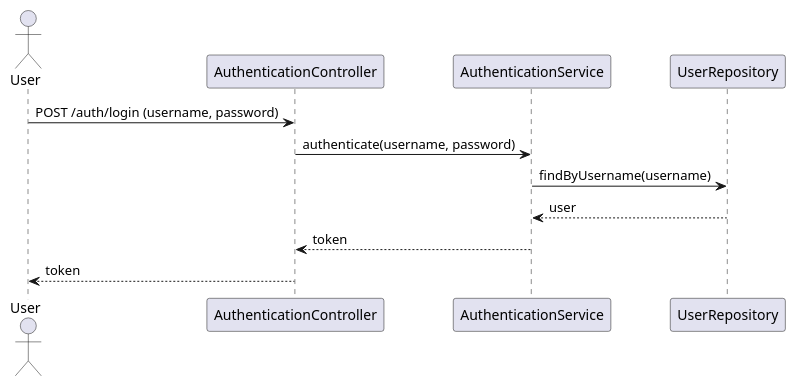
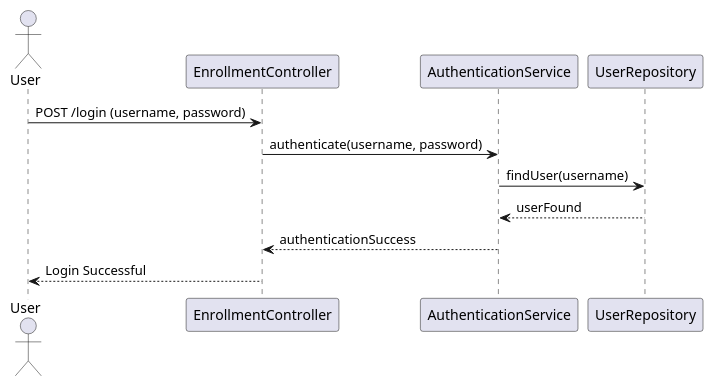
Before and after one commit to Dinesh-s95/AutoDoc.ai: the second of 5 diagrams in enrollment/documentation/detaileddesign.adoc, drawn with PlantUML. The commit also changed other lines of this file and 4 other files, not shown here.

```diff
--- a/enrollment/documentation/detaileddesign.adoc
+++ b/enrollment/documentation/detaileddesign.adoc
@@ -201,16 +204,12 @@
-[plantuml, authentication-sequence, png]
+[plantuml, authentication-flow, png]
 ----
 @startuml
 actor User
-participant "AuthenticationController" as AuthController
-participant "AuthenticationService" as AuthService
-participant "UserRepository" as UserRepository
-
-User -> AuthController : POST /auth/login (username, password)
-AuthController -> AuthService : authenticate(username, password)
-AuthService -> UserRepository : findByUsername(username)
-UserRepository --> AuthService : user
-AuthService --> AuthController : token
-AuthController --> User : token
+User -> EnrollmentController: POST /login (username, password)
+EnrollmentController -> AuthenticationService: authenticate(username, password)
+AuthenticationService -> UserRepository: findUser(username)
+UserRepository --> AuthenticationService: userFound
+AuthenticationService --> EnrollmentController: authenticationSuccess
+EnrollmentController --> User: Login Successful
 @enduml
 ----
```
